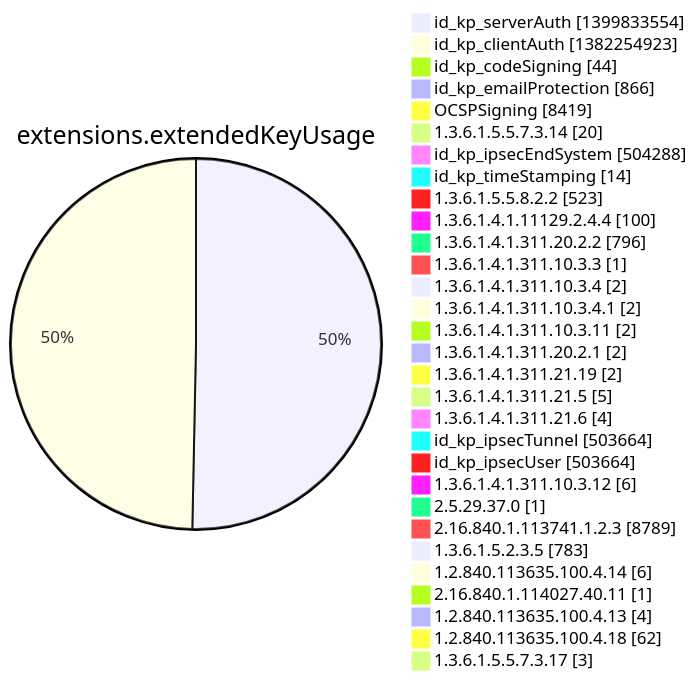
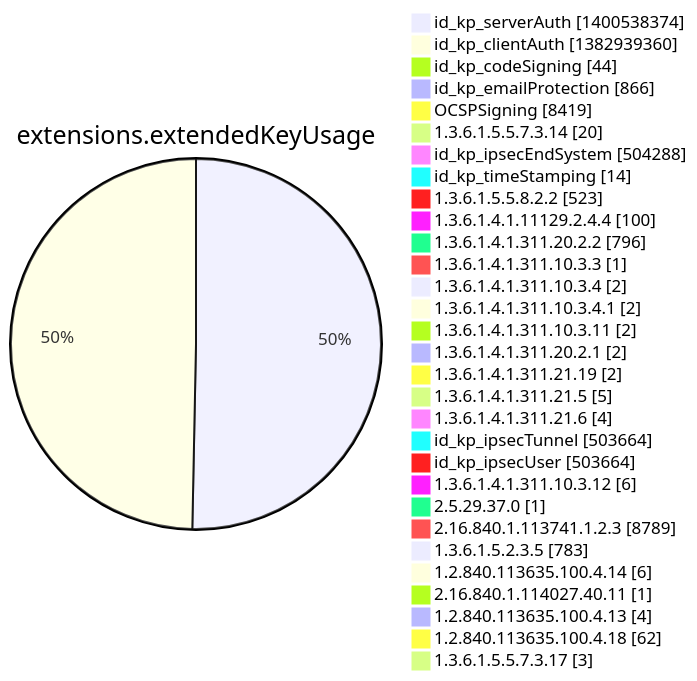
One commit to christiankrug/ctmonitor_visualization changed diagram 12 of 15 in argon2022/README.md. Above: the diagram before and after it, drawn with Mermaid. The commit also changed other lines of this file, not shown here.

````diff
--- a/argon2022/README.md
+++ b/argon2022/README.md
@@ -3554,34 +3554,34 @@
 ```mermaid
 pie showData
 title extensions.extendedKeyUsage
-"id_kp_serverAuth" :1399833554
-"id_kp_clientAuth" :1382254923
+"id_kp_serverAuth" :1400538374
+"id_kp_clientAuth" :1382939360
 "id_kp_codeSigning" :44
 "id_kp_emailProtection" :866
 "OCSPSigning" :8419
 "1.3.6.1.5.5.7.3.14" :20
 "id_kp_ipsecEndSystem" :504288
 "id_kp_timeStamping" :14
 "1.3.6.1.5.5.8.2.2" :523
 "1.3.6.1.4.1.11129.2.4.4" :100
 "1.3.6.1.4.1.311.20.2.2" :796
 "1.3.6.1.4.1.311.10.3.3" :1
 "1.3.6.1.4.1.311.10.3.4" :2
 "1.3.6.1.4.1.311.10.3.4.1" :2
 "1.3.6.1.4.1.311.10.3.11" :2
 "1.3.6.1.4.1.311.20.2.1" :2
 "1.3.6.1.4.1.311.21.19" :2
 "1.3.6.1.4.1.311.21.5" :5
 "1.3.6.1.4.1.311.21.6" :4
 "id_kp_ipsecTunnel" :503664
 "id_kp_ipsecUser" :503664
 "1.3.6.1.4.1.311.10.3.12" :6
 "2.5.29.37.0" :1
 "2.16.840.1.113741.1.2.3" :8789
 "1.3.6.1.5.2.3.5" :783
 "1.2.840.113635.100.4.14" :6
 "2.16.840.1.114027.40.11" :1
 "1.2.840.113635.100.4.13" :4
 "1.2.840.113635.100.4.18" :62
 "1.3.6.1.5.5.7.3.17" :3
 ```
````
